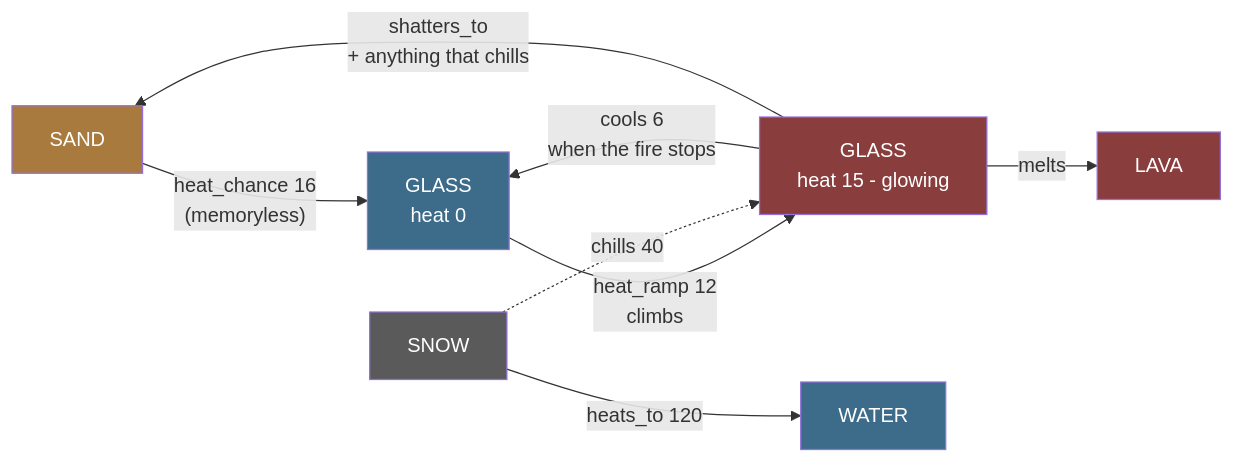
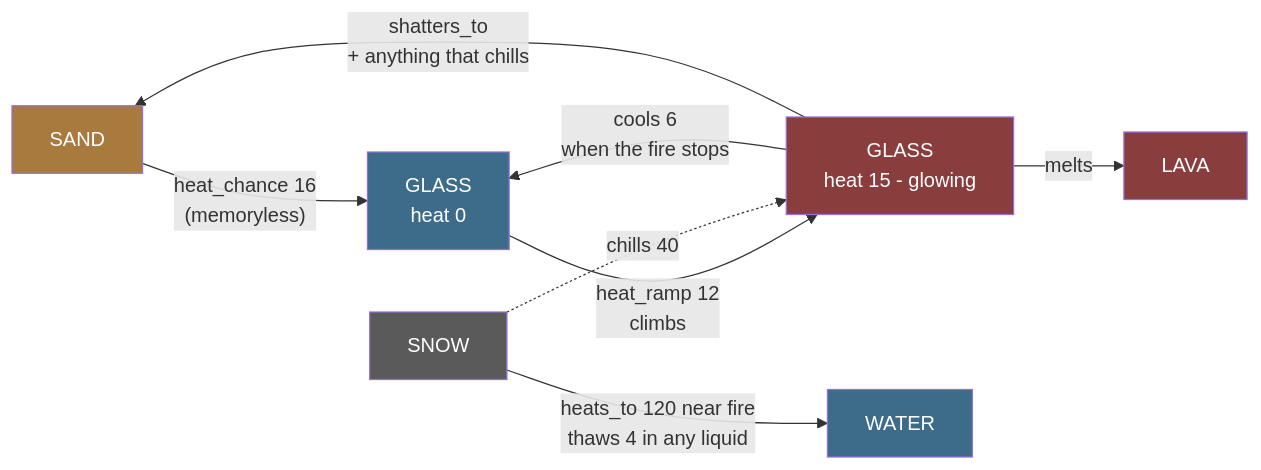
The first of 5 diagrams in docs/Sand/Architecture.md (jose-villegas/esp32-c6-dev), drawn with Mermaid before and after one commit. The commit also changed other lines of this file and 7 other files, not shown here.

First line of the commit message:
Melt snow in liquid, not only near fire

````diff
--- a/docs/Sand/Architecture.md
+++ b/docs/Sand/Architecture.md
@@ -142,17 +156,17 @@
 ```mermaid
 graph LR
     Sand["SAND"] -->|"heat_chance 16<br/>(memoryless)"| Glass["GLASS<br/>heat 0"]
     Glass -->|"heat_ramp 12<br/>climbs"| Hot["GLASS<br/>heat 15 - glowing"]
     Hot -->|"cools 6<br/>when the fire stops"| Glass
     Hot -->|"melts"| Lava["LAVA"]
     Hot -->|"shatters_to<br/>+ anything that chills"| Sand
-    Snow["SNOW"] -->|"heats_to 120"| Water["WATER"]
+    Snow["SNOW"] -->|"heats_to 120 near fire<br/>thaws 4 in any liquid"| Water["WATER"]
     Snow -.->|"chills 40"| Hot
 
     style Sand fill:#a87a3d,color:#fff
     style Glass fill:#3d6b8a,color:#fff
     style Hot fill:#8a3d3d,color:#fff
     style Lava fill:#8a3d3d,color:#fff
     style Snow fill:#5a5a5a,color:#fff
     style Water fill:#3d6b8a,color:#fff
 ```
````
